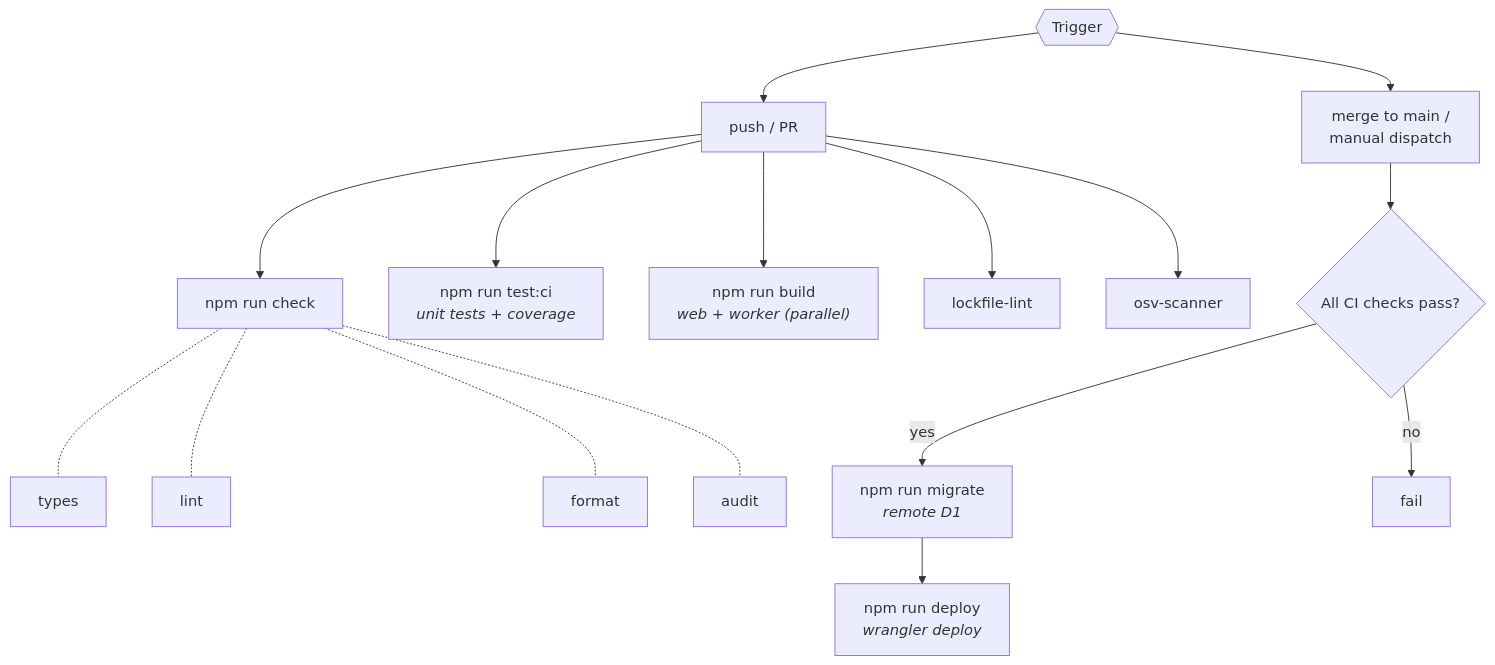
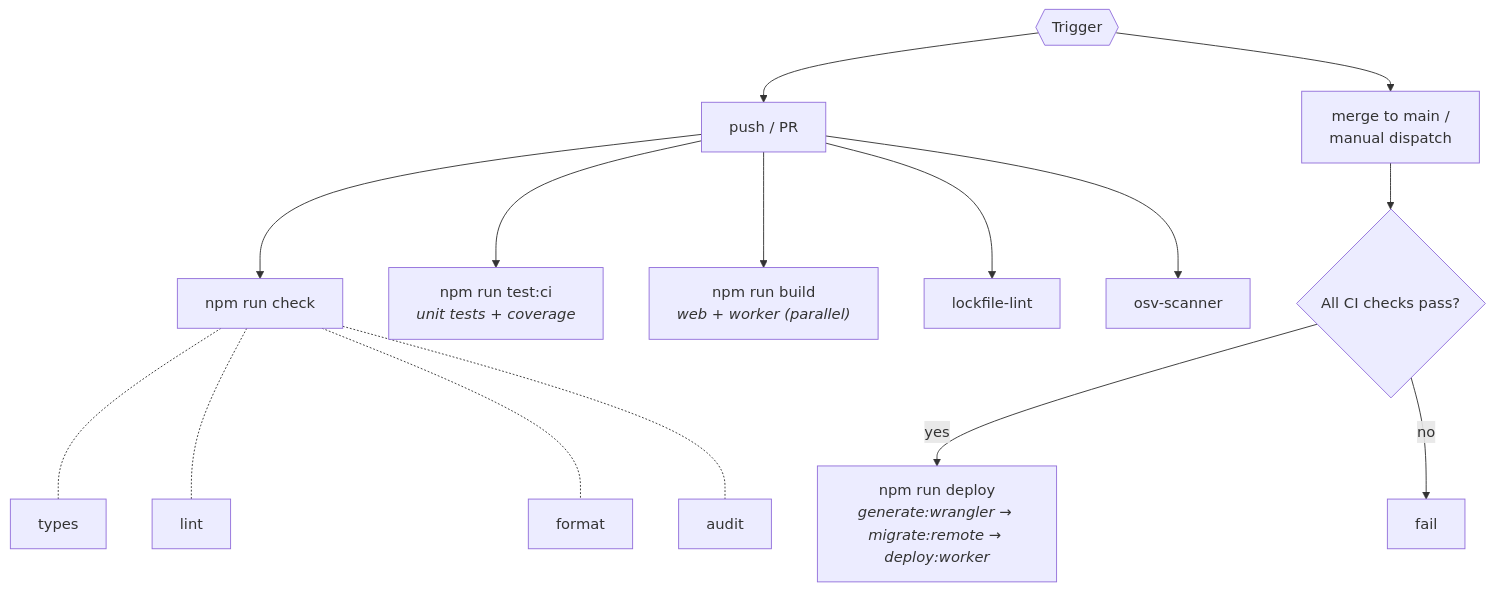
Before and after one commit to adrianhall/CF-Architect: the first of 2 diagrams in docs/PLAN.md, drawn with Mermaid. The commit also changed other lines of this file and 16 other files, not shown here.

````diff
--- a/docs/PLAN.md
+++ b/docs/PLAN.md
@@ -178,17 +181,16 @@
 ```mermaid
 flowchart TD
     Trigger{{"Trigger"}} --> Push["push / PR"]
     Trigger --> Merge["merge to main /<br/>manual dispatch"]
 
     Push --> Check["npm run check"]
     Check -.- C1["types"] & C2["lint"] & C3["format"] & C4["audit"]
     Push --> Test["npm run test:ci<br/><i>unit tests + coverage</i>"]
     Push --> Build["npm run build<br/><i>web + worker (parallel)</i>"]
     Push --> Lock["lockfile-lint"]
     Push --> OSV["osv-scanner"]
 
     Merge --> Gate{"All CI checks pass?"}
-    Gate -- yes --> Migrate["npm run migrate<br/><i>remote D1</i>"]
-    Migrate --> Deploy["npm run deploy<br/><i>wrangler deploy</i>"]
+    Gate -- yes --> Deploy["npm run deploy<br/><i>generate:wrangler → migrate:remote → deploy:worker</i>"]
     Gate -- no --> Stop["fail"]
 ```
````
